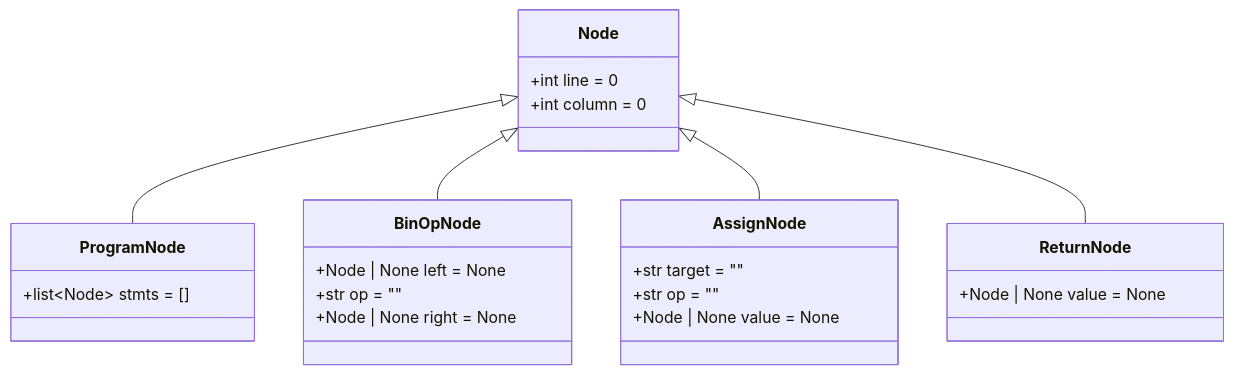
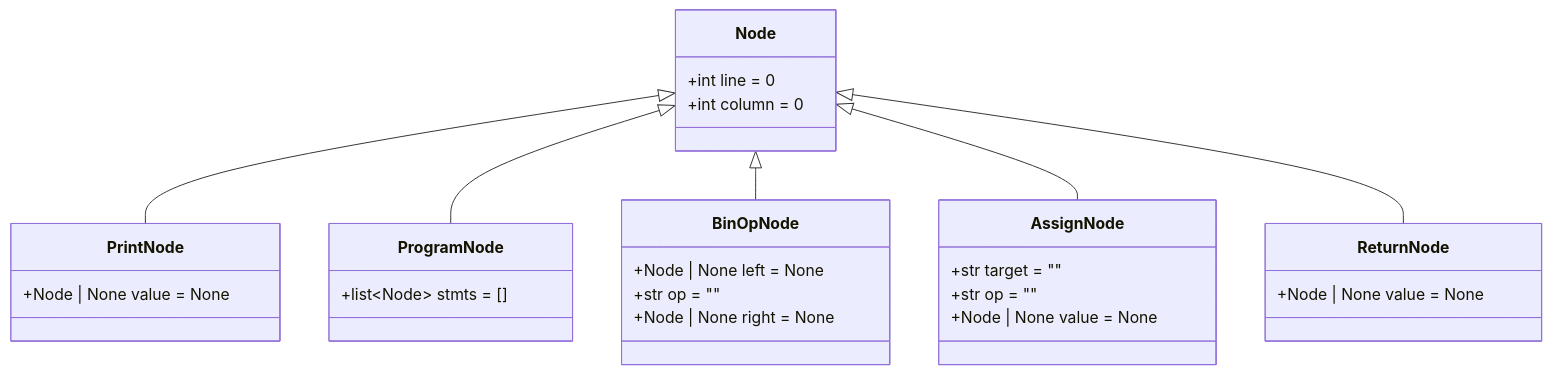
The first of 7 diagrams in docs/parser/ast.md (code-silva/COMPILADORES-EQUIPE-03), drawn with Mermaid before and after one commit. The commit also changed other lines of this file and 2 other files, not shown here.

Commit message:
docs: documenta a instrucao print

````diff
--- a/docs/parser/ast.md
+++ b/docs/parser/ast.md
@@ -13,27 +13,31 @@
 ```mermaid
 classDiagram
     class Node {
         +int line = 0
         +int column = 0
     }
     class ProgramNode {
         +list~Node~ stmts = []
     }
     class BinOpNode {
         +Node | None left = None
         +str op = ""
         +Node | None right = None
     }
     class AssignNode {
         +str target = ""
         +str op = ""
         +Node | None value = None
     }
     class ReturnNode {
         +Node | None value = None
     }
+    class PrintNode {
+        +Node | None value = None
+    }
+    Node <|-- PrintNode
     Node <|-- ProgramNode
     Node <|-- BinOpNode
     Node <|-- AssignNode
     Node <|-- ReturnNode
 ```
````
